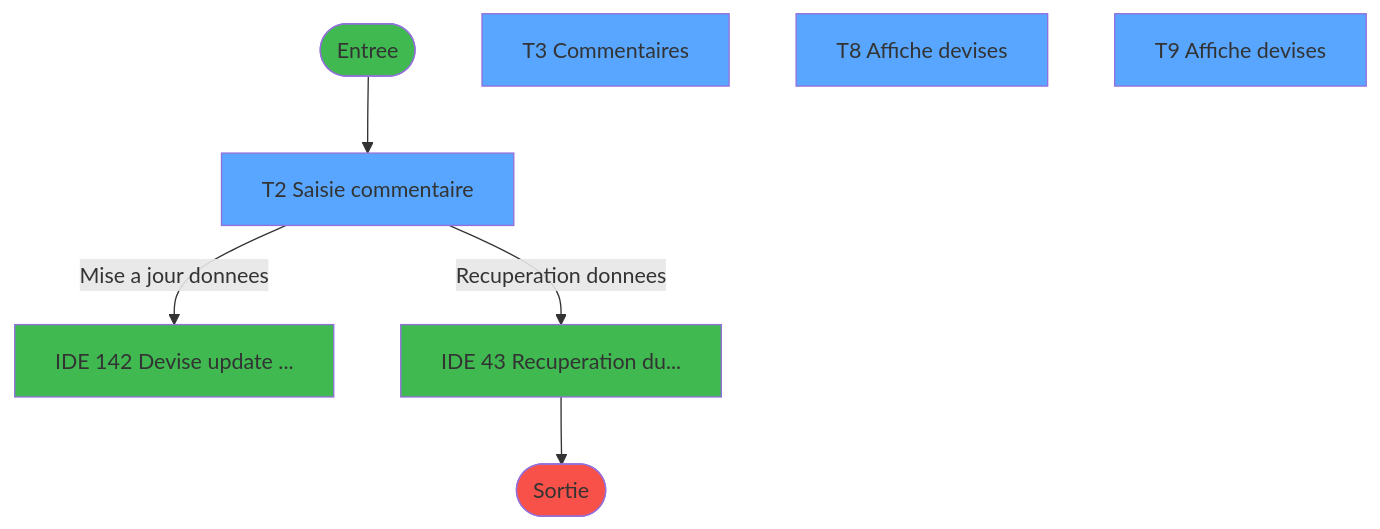
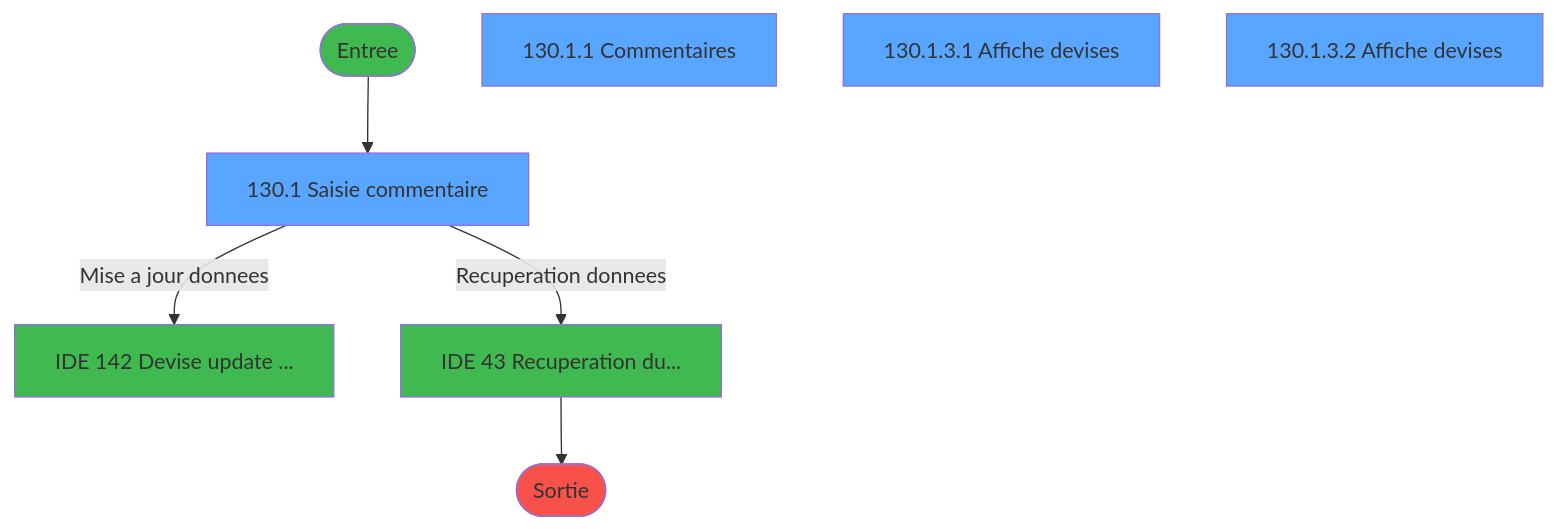
The first of 4 diagrams in .openspec/specs/ADH-IDE-130.md (thonyAGP/lecteur-magic), drawn with Mermaid before and after one commit. The commit also changed other lines of this file and 493 other files, not shown here.

````diff
--- a/.openspec/specs/ADH-IDE-130.md
+++ b/.openspec/specs/ADH-IDE-130.md
@@ -1490,23 +1492,23 @@
 ```mermaid
 flowchart TD
     START([Entree])
     style START fill:#3fb950
-    VF2[T2 Saisie commentaire]
+    VF2[130.1 Saisie commentaire]
     style VF2 fill:#58a6ff
-    VF3[T3 Commentaires]
+    VF3[130.1.1 Commentaires]
     style VF3 fill:#58a6ff
-    VF8[T8 Affiche devises]
+    VF8[130.1.3.1 Affiche devises]
     style VF8 fill:#58a6ff
-    VF9[T9 Affiche devises]
+    VF9[130.1.3.2 Affiche devises]
     style VF9 fill:#58a6ff
     EXT142[IDE 142 Devise update ...]
     style EXT142 fill:#3fb950
     EXT43[IDE 43 Recuperation du...]
     style EXT43 fill:#3fb950
     FIN([Sortie])
     style FIN fill:#f85149
     START --> VF2
     VF2 -->|Mise a jour donnees| EXT142
     VF2 -->|Recuperation donnees| EXT43
     EXT43 --> FIN
 ```
````
